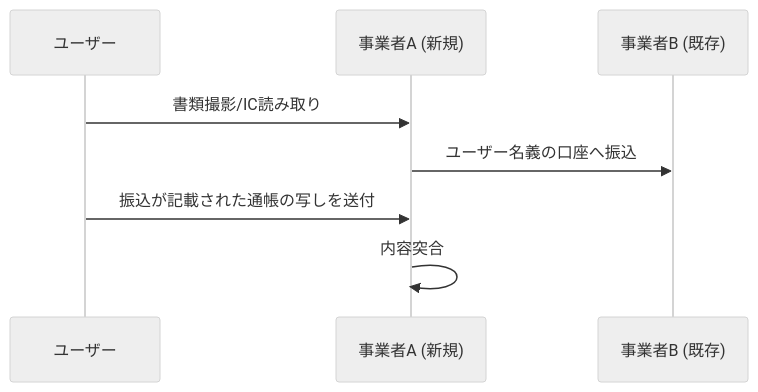
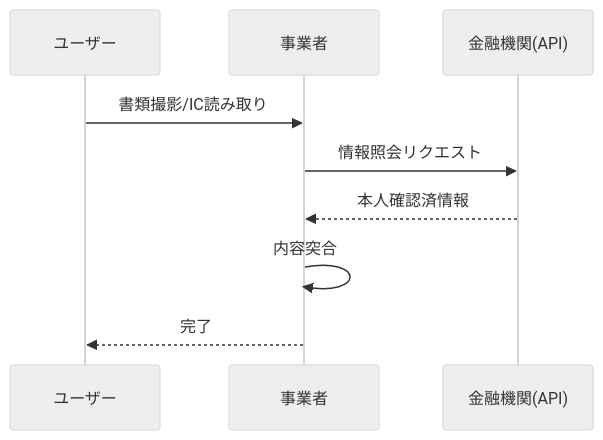
One commit to CiderH2CO3/study-hanshuho changed the seventh of 21 diagrams in hanshuho.md. Above: the diagram before and after it, drawn with Mermaid (neutral theme). The commit also changed other lines of this file and 1 other file, not shown here.

````diff
--- a/hanshuho.md
+++ b/hanshuho.md
@@ -327,10 +388,11 @@
 ```mermaid
 sequenceDiagram
     participant User as ユーザー
-    participant BizA as 事業者A (新規)
-    participant BizB as 事業者B (既存)
-    User->>BizA: 書類撮影/IC読み取り
-    BizA->>BizB: ユーザー名義の口座へ振込
-    User->>BizA: 振込が記載された通帳の写しを送付
-    BizA->>BizA: 内容突合
+    participant Biz as 事業者
+    participant Bank as 金融機関(API)
+    User->>Biz: 書類撮影/IC読み取り
+    Biz->>Bank: 情報照会リクエスト
+    Bank-->>Biz: 本人確認済情報
+    Biz->>Biz: 内容突合
+    Biz-->>User: 完了
 ```
````
